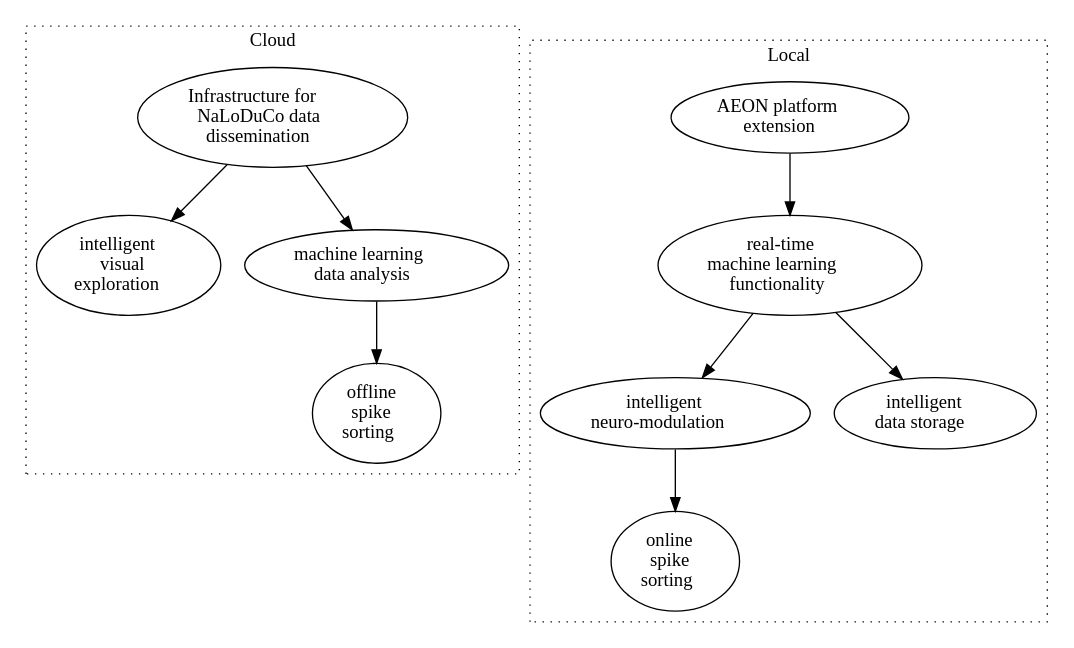
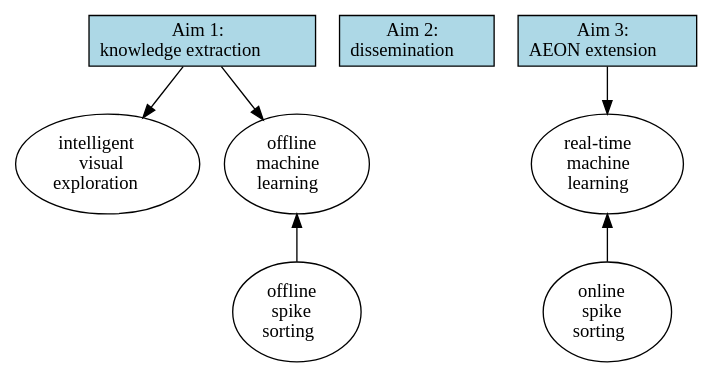
One commit to joacorapela/bbsrc-nsfbio24 changed the diagram in temporary/application/figures/aims.dot. Above: the diagram before and after it, drawn with Graphviz.

Commit message:
New version

```diff
--- a/temporary/application/figures/aims.dot
+++ b/temporary/application/figures/aims.dot
@@ -1,26 +1,19 @@
 digraph g {
-  subgraph cluster_cloud { 
-    dissemination [label=<<FONT COLOR="BLACK">Infrastructure for<br/>NaLoDuCo data<br/>dissemination</FONT>>];
-    visualExploration [label=<<FONT COLOR="BLACK">intelligent<br/>visual<br/>exploration</FONT>>];
-    dataAnalysis [label=<<FONT COLOR="BLACK">machine learning<br/>data analysis</FONT>>];
-    offlineSpikeSorting [label=<<FONT COLOR="BLACK">offline<br/>spike<br/>sorting</FONT>>];
-    dissemination -> visualExploration;
-    dissemination -> dataAnalysis;
-    dataAnalysis -> offlineSpikeSorting;
-    label="Cloud";
-    graph[style=dotted];
-  }
-  subgraph cluster_local { 
-    aeonExtension [label=<<FONT COLOR="BLACK">AEON platform<br/>extension</FONT>>];
-    realTimeML [label=<<FONT COLOR="BLACK">real-time<br/>machine learning<br/>functionality</FONT>>];
-    onlineSpikeSorting [label=<<FONT COLOR="BLACK">online<br/>spike<br/>sorting</FONT>>];
-    neuroModulation [label=<<FONT COLOR="BLACK">intelligent<br/>neuro-modulation</FONT>>];
-    selectiveStorage [label=<<FONT COLOR="BLACK">intelligent<br/>data storage</FONT>>];
-    aeonExtension -> realTimeML;
-    realTimeML -> neuroModulation;
-    realTimeML -> selectiveStorage;
-    neuroModulation -> onlineSpikeSorting;
-    label="Local";
-    graph[style=dotted];
-  }
+  extractMeaning [label=<<FONT COLOR="BLACK">Aim 1:<br/>knowledge extraction</FONT>>,shape=box,style=filled,fillcolor=lightblue];
+  visualExploration [label=<<FONT COLOR="BLACK">intelligent<br/>visual<br/>exploration</FONT>>];
+  offlineML [label=<<FONT COLOR="BLACK">offline<br/>machine<br/>learning</FONT>>];
+  offlineSpikeSorting [label=<<FONT COLOR="BLACK">offline<br/>spike<br/>sorting</FONT>>];
+  dissemination [label=<<FONT COLOR="BLACK">Aim 2:<br/>dissemination</FONT>>,shape=box,style=filled,fillcolor=lightblue];
+  extension [label=<<FONT COLOR="BLACK">Aim 3:<br/>AEON extension</FONT>>,shape=box,style=filled,fillcolor=lightblue];
+  realTimeML [label=<<FONT COLOR="BLACK">real-time<br/>machine<br/>learning</FONT>>];
+  onlineSpikeSorting [label=<<FONT COLOR="BLACK">online<br/>spike<br/>sorting</FONT>>];
+
+  extractMeaning -> visualExploration;
+  extractMeaning -> offlineML;
+  dissemination;
+  offlineSpikeSorting -> offlineML;
+  extension -> realTimeML;
+  onlineSpikeSorting -> realTimeML;
+
+  {rank=sink; offlineSpikeSorting; onlineSpikeSorting;}
 }
```
